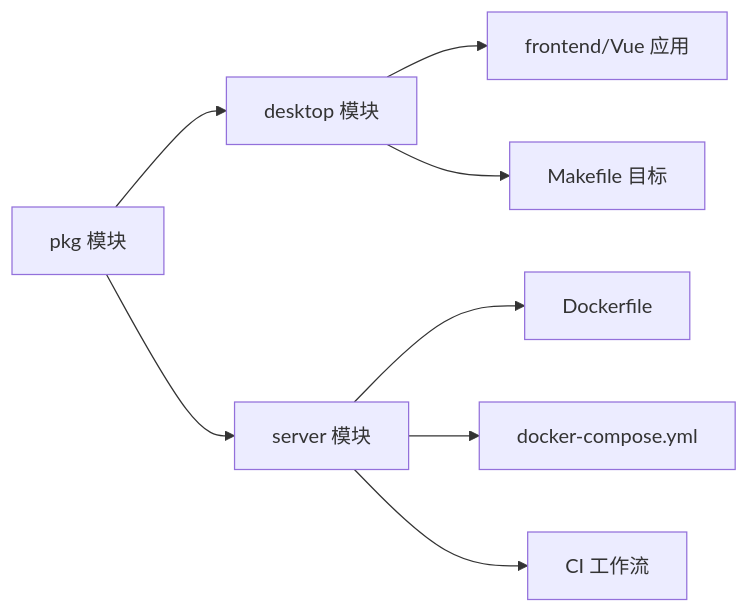
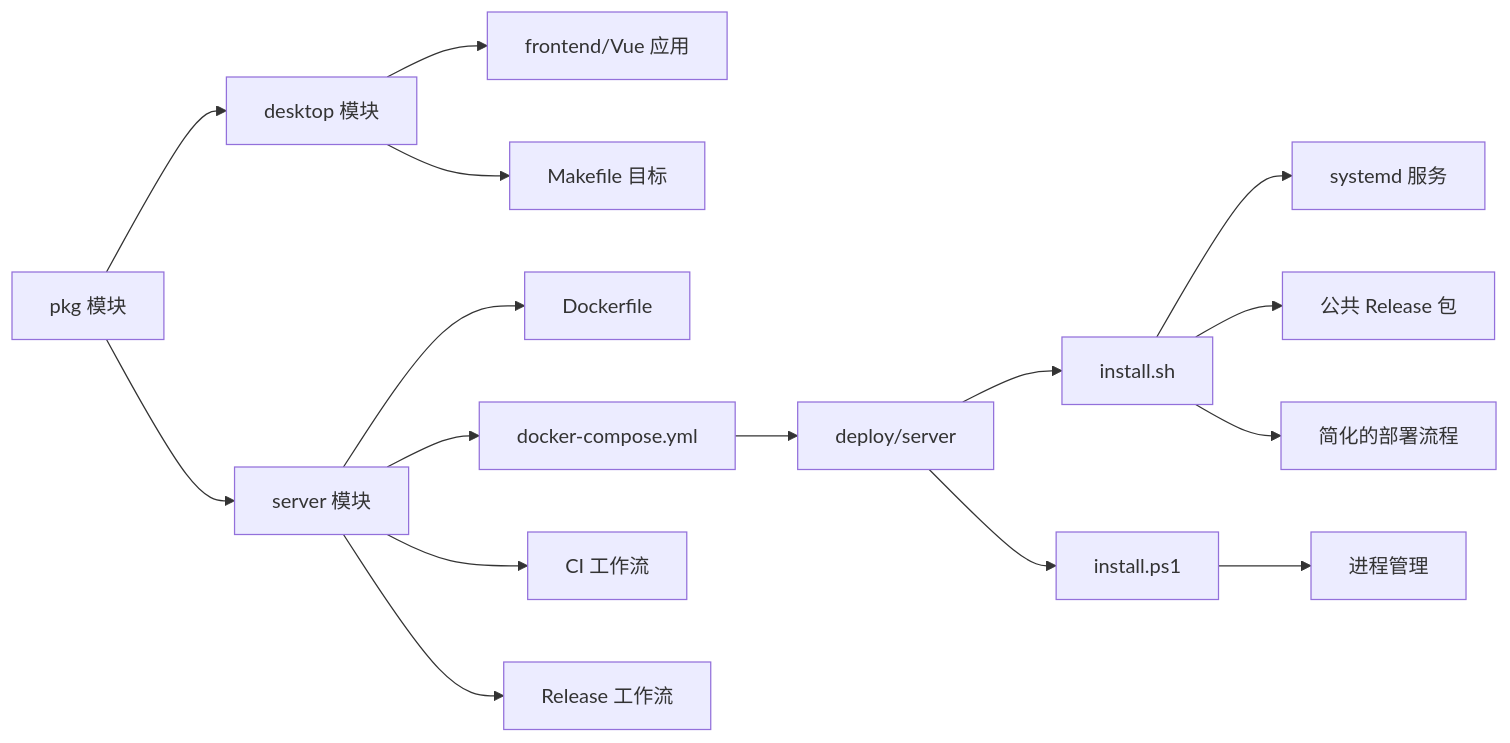
One commit to itsharex/NexTunnel changed the third of 3 diagrams in .qoder/repowiki/zh/content/部署与运维.md. Above: the diagram before and after it, drawn with Mermaid. The commit also changed other lines of this file and 32 other files, not shown here.

````diff
--- a/.qoder/repowiki/zh/content/部署与运维.md
+++ b/.qoder/repowiki/zh/content/部署与运维.md
@@ -209,10 +322,18 @@
 ```mermaid
 graph LR
 P["pkg 模块"] --> D["desktop 模块"]
 P --> S["server 模块"]
 D --> F["frontend/Vue 应用"]
 D --> M["Makefile 目标"]
 S --> DF["Dockerfile"]
 S --> DC["docker-compose.yml"]
 S --> CI["CI 工作流"]
+S --> RL["Release 工作流"]
+DC --> DS["deploy/server"]
+DS --> IS["install.sh"]
+DS --> IP["install.ps1"]
+IS --> SYS["systemd 服务"]
+IP --> PROC["进程管理"]
+IS --> DIRECT["公共 Release 包"]
+IS --> SIMPLE["简化的部署流程"]
 ```
````
